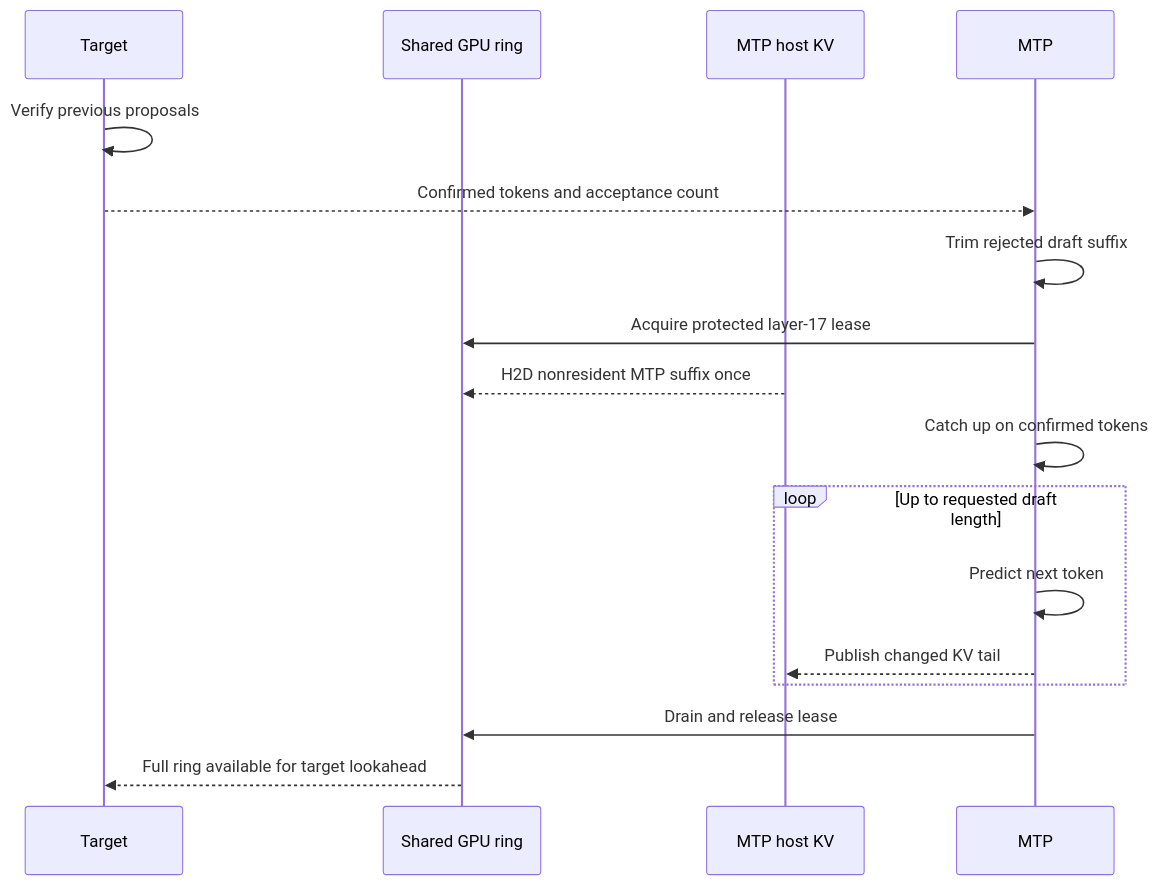
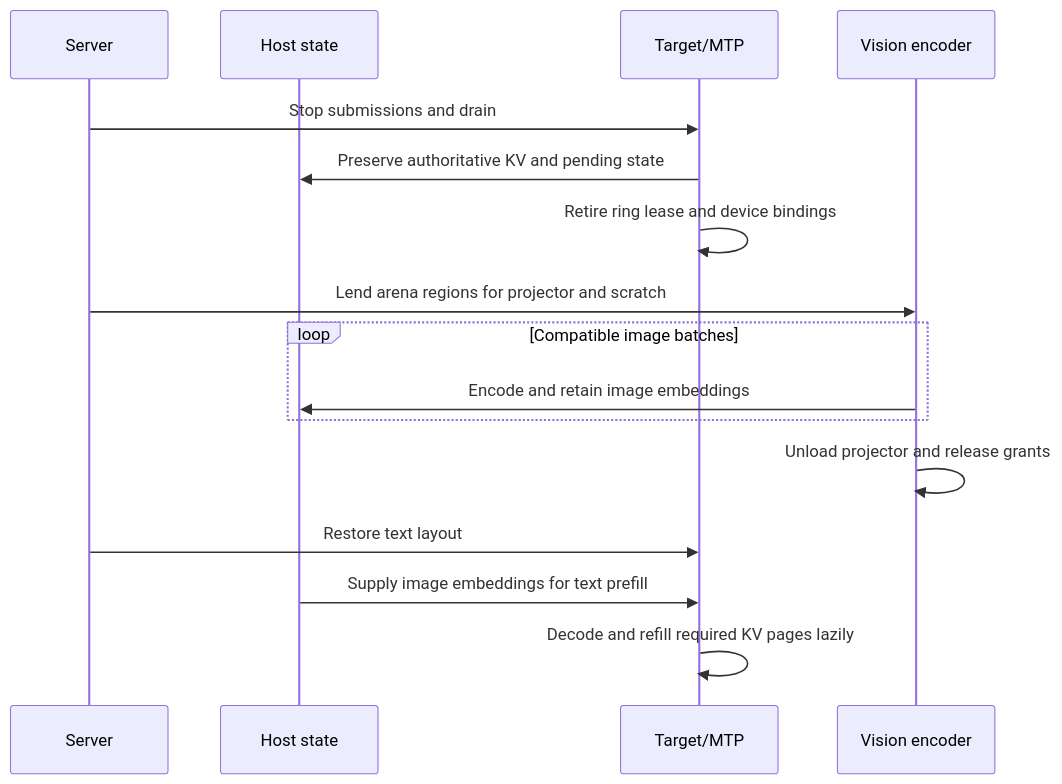
The fourth of 8 diagrams in README.md (ggml-org/llama.cpp), drawn with Mermaid before and after one commit. The commit also changed other lines of this file and 6 other files, not shown here.

````diff
--- a/README.md
+++ b/README.md
@@ -284,19 +432,18 @@
 ```mermaid
 sequenceDiagram
-    participant T as Target
-    participant R as Shared GPU ring
-    participant H as MTP host KV
-    participant M as MTP
-    T->>T: Verify previous proposals
-    T-->>M: Confirmed tokens and acceptance count
-    M->>M: Trim rejected draft suffix
-    M->>R: Acquire protected layer-17 lease
-    H-->>R: H2D nonresident MTP suffix once
-    M->>M: Catch up on confirmed tokens
-    loop Up to requested draft length
-        M->>M: Predict next token
-        M-->>H: Publish changed KV tail
+    participant S as Server
+    participant H as Host state
+    participant T as Target/MTP
+    participant V as Vision encoder
+    S->>T: Stop submissions and drain
+    T->>H: Preserve authoritative KV and pending state
+    T->>T: Retire ring lease and device bindings
+    S->>V: Lend arena regions for projector and scratch
+    loop Compatible image batches
+        V->>H: Encode and retain image embeddings
     end
-    M->>R: Drain and release lease
-    R-->>T: Full ring available for target lookahead
+    V->>V: Unload projector and release grants
+    S->>T: Restore text layout
+    H->>T: Supply image embeddings for text prefill
+    T->>T: Decode and refill required KV pages lazily
 ```
````
